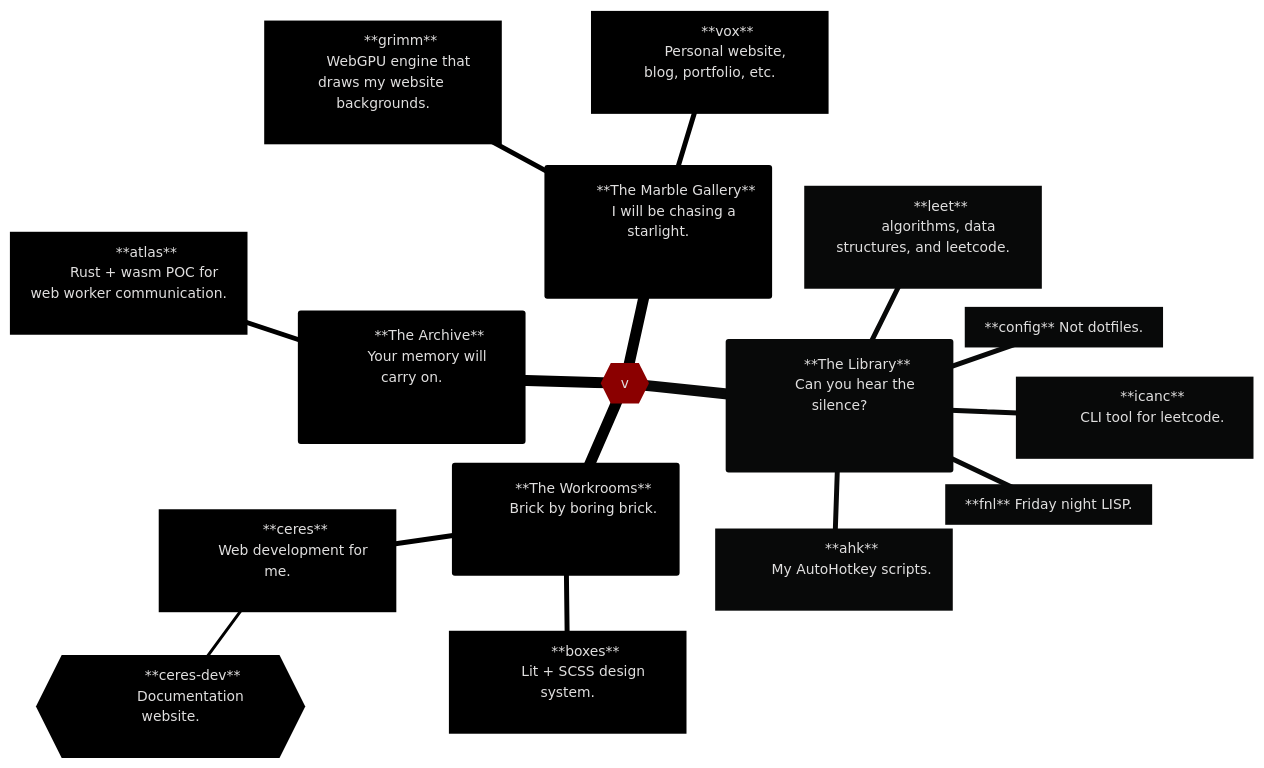
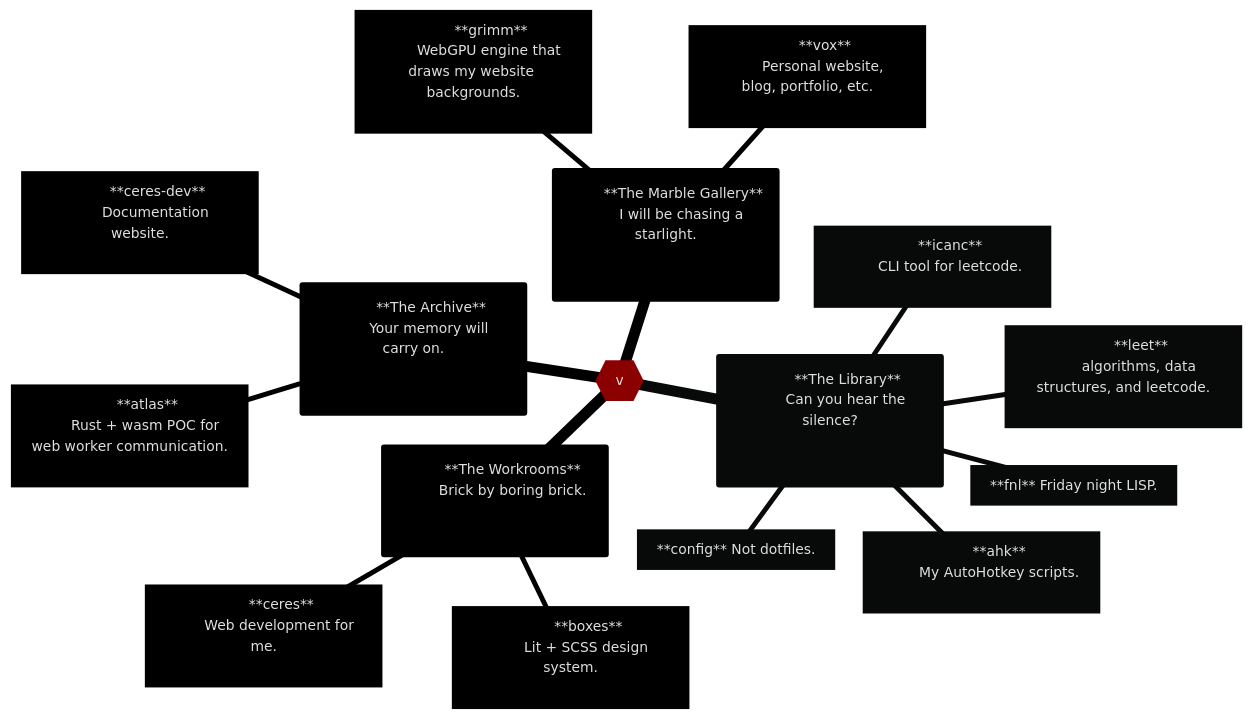
Before and after one commit to voxelstack/voxelstack: the diagram in map.mmd, drawn with Mermaid. The commit also changed 1 other file, not shown here.

Commit message:
Archive ceres-dev.

```diff
--- a/map.mmd
+++ b/map.mmd
@@ -1,71 +1,71 @@
 ---
 config:
   theme: neo-dark
 ---
 mindmap
   root{{v}}
     (
         **The Library**
         Can you hear the silence?
         <!-- Can you see the dark? -->
     )
       [
         **leet**
         algorithms, data structures, and leetcode.
       ]
       [
         **icanc**
         CLI tool for leetcode.
       ]
       [
         **ahk**
         My AutoHotkey scripts.
       ]
       [
         **config**
         Not dotfiles.
       ]
       [
         **fnl**
         Friday night LISP.
       ]
     (
         <!-- The word "workshop" was taken from us. -->
         **The Workrooms**
         Brick by boring brick.
         <!-- Or the wolf's gonna blow it down. -->
     )
       [
         **boxes**
         Lit + SCSS design system.
       ]
       [
         **ceres**
         Web development for me.
       ]
-        {{
-          **ceres-dev**
-          Documentation website.
-        }}
     (
         **The Archive**
         Your memory will carry on.
         <!-- We'll carry on. -->
     )
       [
         **atlas**
         Rust + wasm POC for web worker communication.
+      ]
+      [
+        **ceres-dev**
+        Documentation website.
       ]
     (
         **The Marble Gallery**
         I will be chasing a starlight.
         <!-- Until the end of my life. -->
     )
       [
         **grimm**
         WebGPU engine that draws my website backgrounds.
       ]
       [
         **vox**
         Personal website, blog, portfolio, etc.
       ]
```
